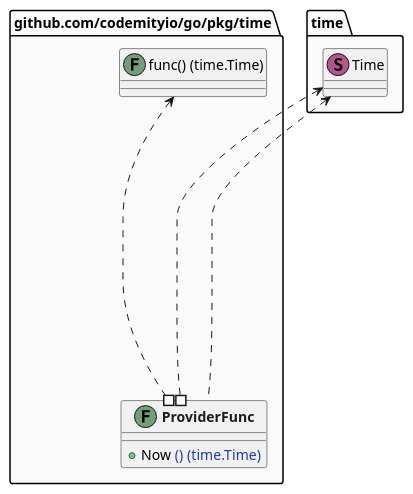
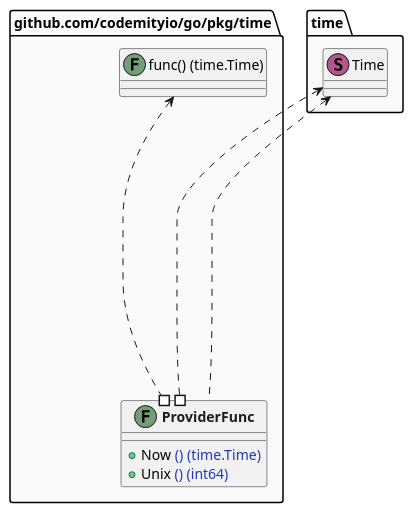
Before and after one commit to codemityio/go: the diagram in pkg/time/graph.puml, drawn with PlantUML. The commit also changed 98 other files, not shown here.

```diff
--- a/pkg/time/graph.puml
+++ b/pkg/time/graph.puml
@@ -1,27 +1,28 @@
 @startuml
 top to bottom direction
 skinparam package {
     BackgroundColor #fafafa
 }
 skinparam defaulttextalignment center
 skinparam noteTextAlignment left
 package "github.com/codemityio/go/pkg/time" as github_com_codemityio_go_pkg_time {
     class "<b><font color=#1c1c1c>ProviderFunc</font></b>" as github_com_codemityio_go_pkg_time_ProviderFunc << (F, #739e78) >> {
         + Now <font color=#1f38b5>() (time.Time)</font>
+        + Unix <font color=#1f38b5>() (int64)</font>
     }
 }
 package "github.com/codemityio/go/pkg/time" as github_com_codemityio_go_pkg_time {
     package "time" as .time {
         class "Time" as time_Time << (S, #b5558d) >> {}
     }
     class "func() (time.Time)" as github_com_codemityio_go_pkg_time_func____time_Time_ << (F, #739e78) >> {}
     package "time" as .time {
         class "Time" as time_Time << (S, #b5558d) >> {}
     }
 }
 package "github.com/codemityio/go/pkg/time" as github_com_codemityio_go_pkg_time {
     github_com_codemityio_go_pkg_time_ProviderFunc #...up...> time_Time
     github_com_codemityio_go_pkg_time_ProviderFunc #...up...> github_com_codemityio_go_pkg_time_func____time_Time_
     github_com_codemityio_go_pkg_time_ProviderFunc ...up...> time_Time
 }
 @enduml
```
